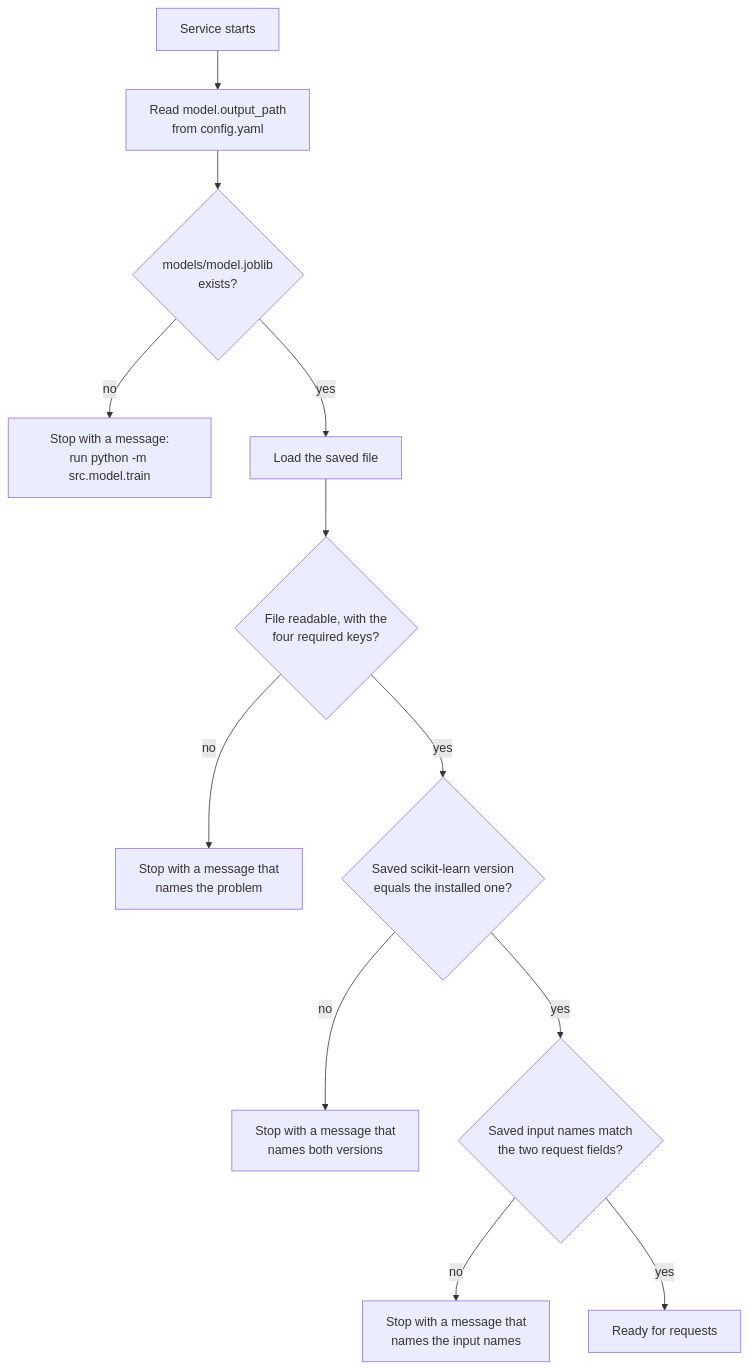
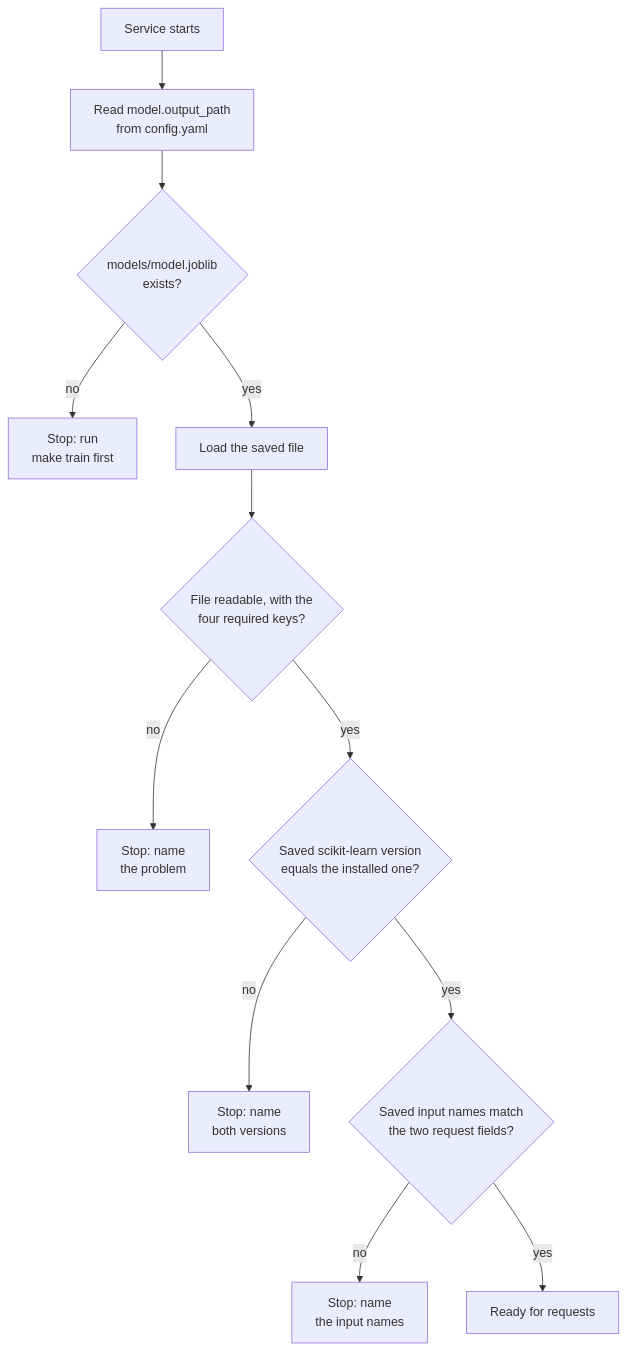
The first of 3 diagrams in docs/implementation/phase-3/implementation.md (jconnors23/510-m3-nfl-prediction-analytics), drawn with Mermaid before and after one commit. The commit also changed other lines of this file and 47 other files, not shown here.

````diff
--- a/docs/implementation/phase-3/implementation.md
+++ b/docs/implementation/phase-3/implementation.md
@@ -18,14 +18,14 @@
 ```mermaid
 flowchart TB
     A["Service starts"] --> B["Read model.output_path<br/>from config.yaml"]
     B --> C{"models/model.joblib<br/>exists?"}
-    C -->|"no"| X1["Stop with a message:<br/>run python -m src.model.train"]
+    C -->|"no"| X1["Stop: run<br/>make train first"]
     C -->|"yes"| D["Load the saved file"]
     D --> E{"File readable, with the<br/>four required keys?"}
-    E -->|"no"| X3["Stop with a message that<br/>names the problem"]
+    E -->|"no"| X3["Stop: name<br/>the problem"]
     E -->|"yes"| F{"Saved scikit-learn version<br/>equals the installed one?"}
-    F -->|"no"| X2["Stop with a message that<br/>names both versions"]
+    F -->|"no"| X2["Stop: name<br/>both versions"]
     F -->|"yes"| H{"Saved input names match<br/>the two request fields?"}
-    H -->|"no"| X4["Stop with a message that<br/>names the input names"]
+    H -->|"no"| X4["Stop: name<br/>the input names"]
     H -->|"yes"| G["Ready for requests"]
 ```
````
